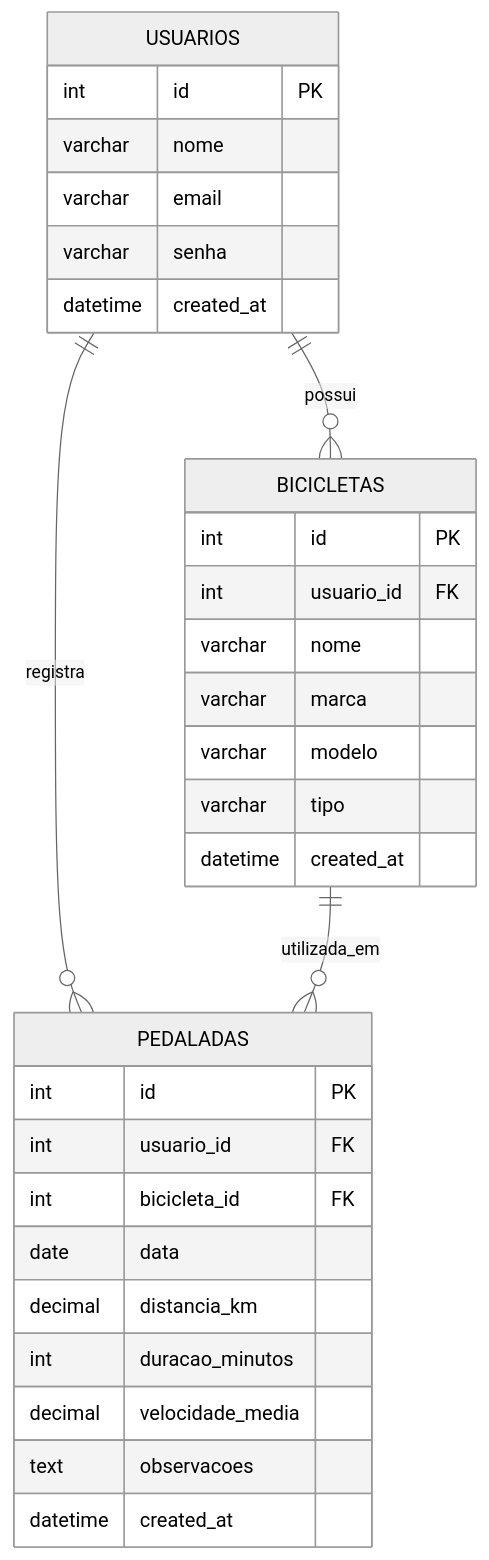
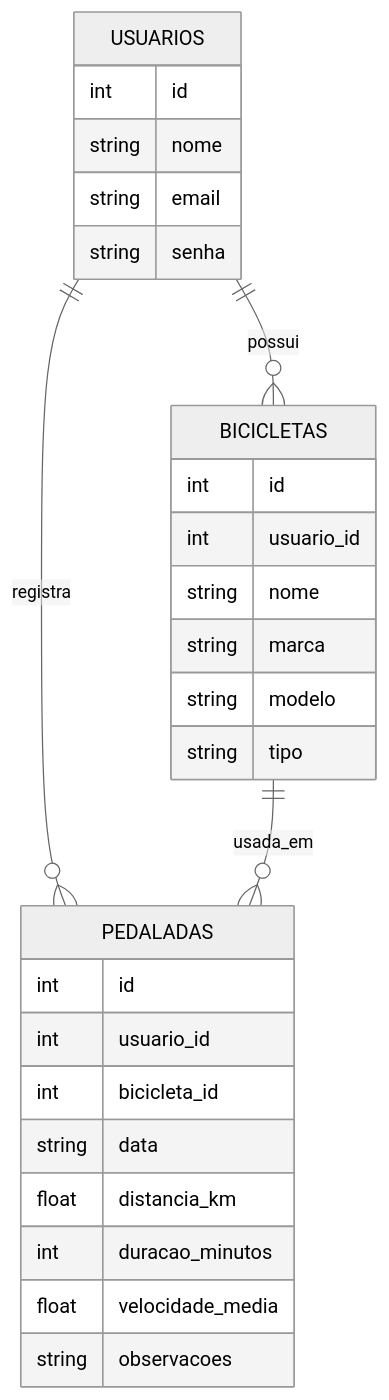
Before and after one commit to WillVerissimo/BikeLog: the diagram in Docs/database.md, drawn with Mermaid (neutral theme).

Commit message:
docs: adiciona DER do banco de dados

````diff
--- a/Docs/database.md
+++ b/Docs/database.md
@@ -87,37 +87,33 @@
 ```mermaid
 erDiagram
-
     USUARIOS ||--o{ BICICLETAS : possui
     USUARIOS ||--o{ PEDALADAS : registra
-    BICICLETAS ||--o{ PEDALADAS : utilizada_em
+    BICICLETAS ||--o{ PEDALADAS : usada_em
 
     USUARIOS {
-        int id PK
-        varchar nome
-        varchar email
-        varchar senha
-        datetime created_at
+        int id
+        string nome
+        string email
+        string senha
     }
 
     BICICLETAS {
-        int id PK
-        int usuario_id FK
-        varchar nome
-        varchar marca
-        varchar modelo
-        varchar tipo
-        datetime created_at
+        int id
+        int usuario_id
+        string nome
+        string marca
+        string modelo
+        string tipo
     }
 
     PEDALADAS {
-        int id PK
-        int usuario_id FK
-        int bicicleta_id FK
-        date data
-        decimal distancia_km
+        int id
+        int usuario_id
+        int bicicleta_id
+        string data
+        float distancia_km
         int duracao_minutos
-        decimal velocidade_media
-        text observacoes
-        datetime created_at
+        float velocidade_media
+        string observacoes
     }
 ```
````
